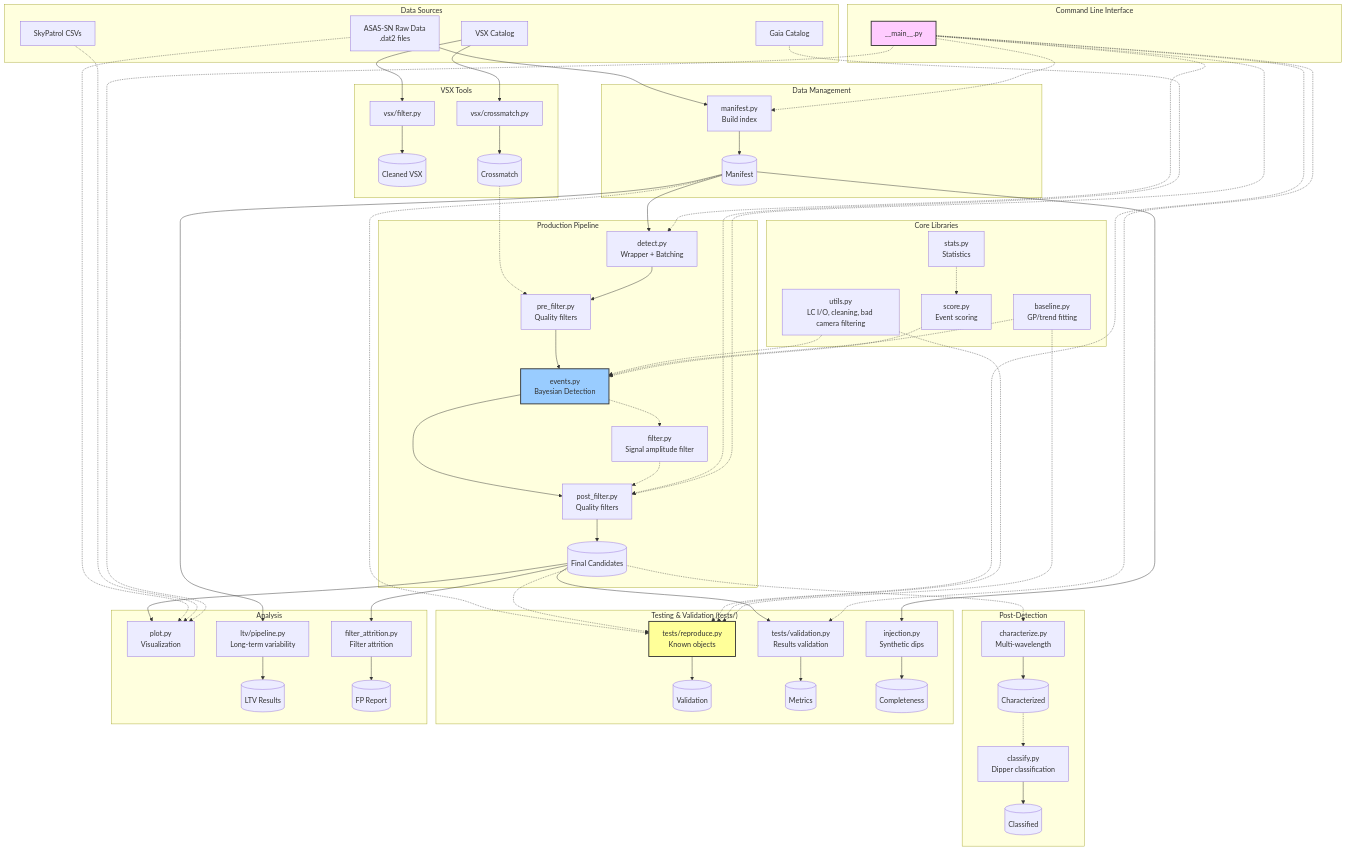
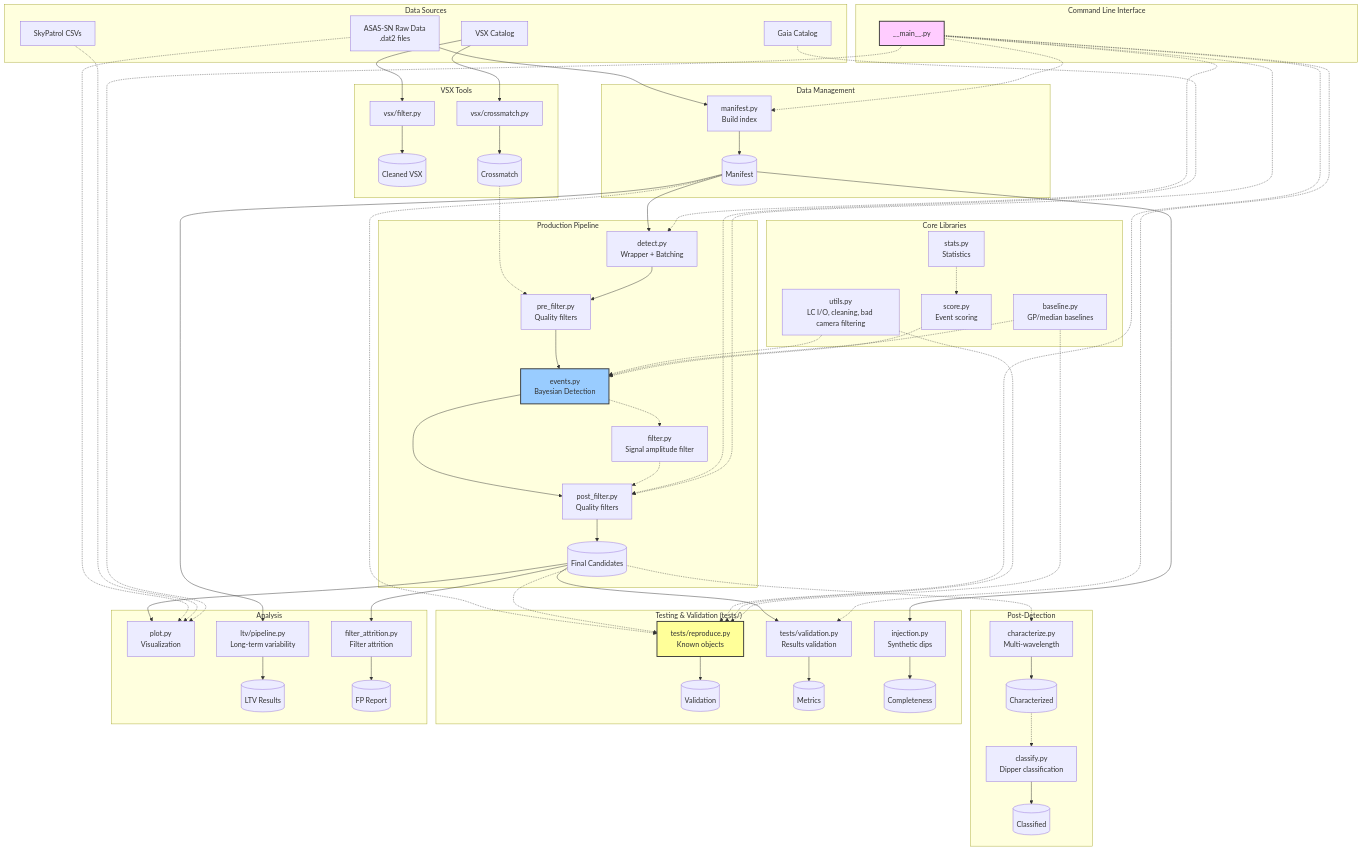
The diagram in README.md (calderlen/MALCA), drawn with Mermaid before and after one commit. The commit also changed other lines of this file and 15 other files, not shown here.

```diff
--- a/README.md
+++ b/README.md
@@ -119,7 +119,7 @@
 
     subgraph "Core Libraries"
         UTILS[utils.py<br/>LC I/O, cleaning, bad camera filtering]
-        BASE[baseline.py<br/>GP/trend fitting]
+        BASE[baseline.py<br/>GP/median baselines]
         STATS_LIB[stats.py<br/>Statistics]
         SCORE_LIB[score.py<br/>Event scoring]
     end
```
